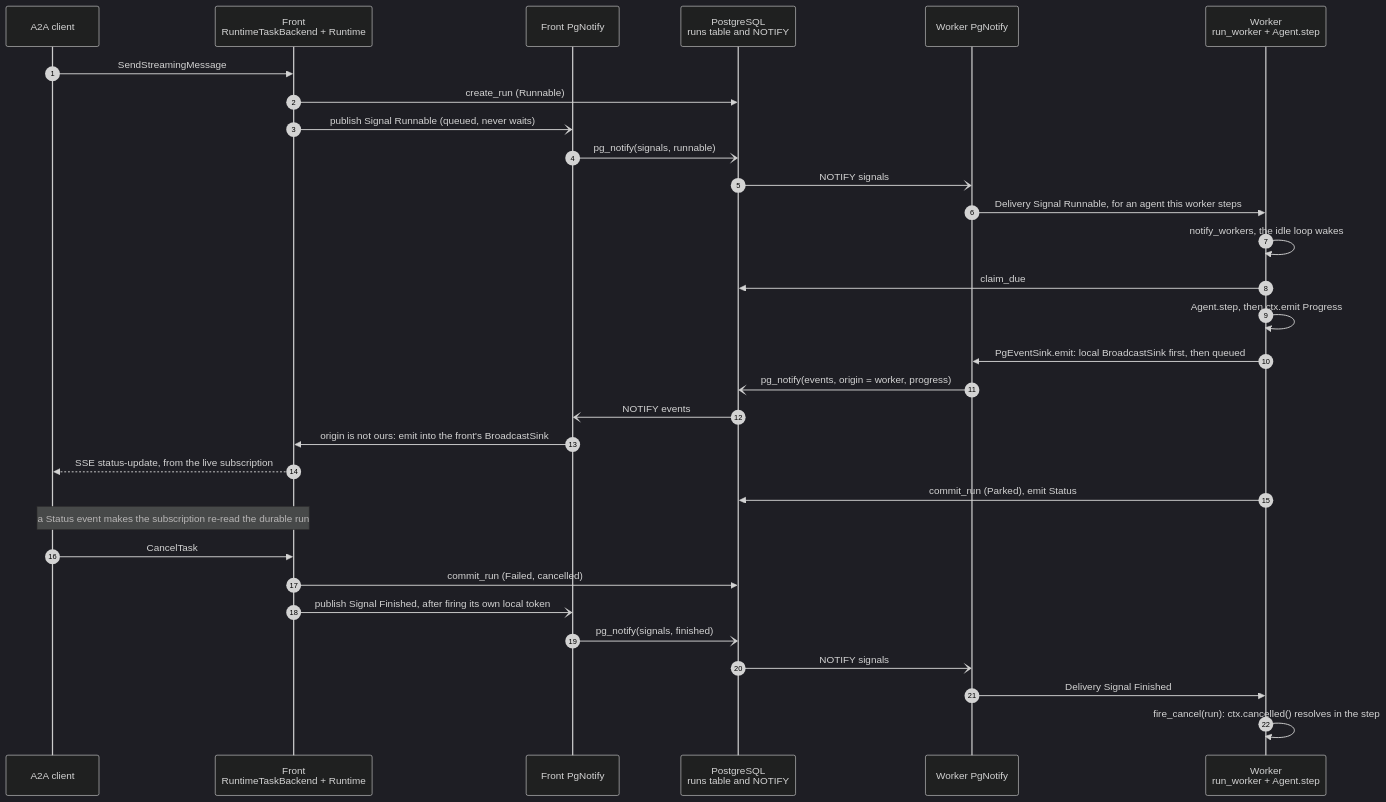
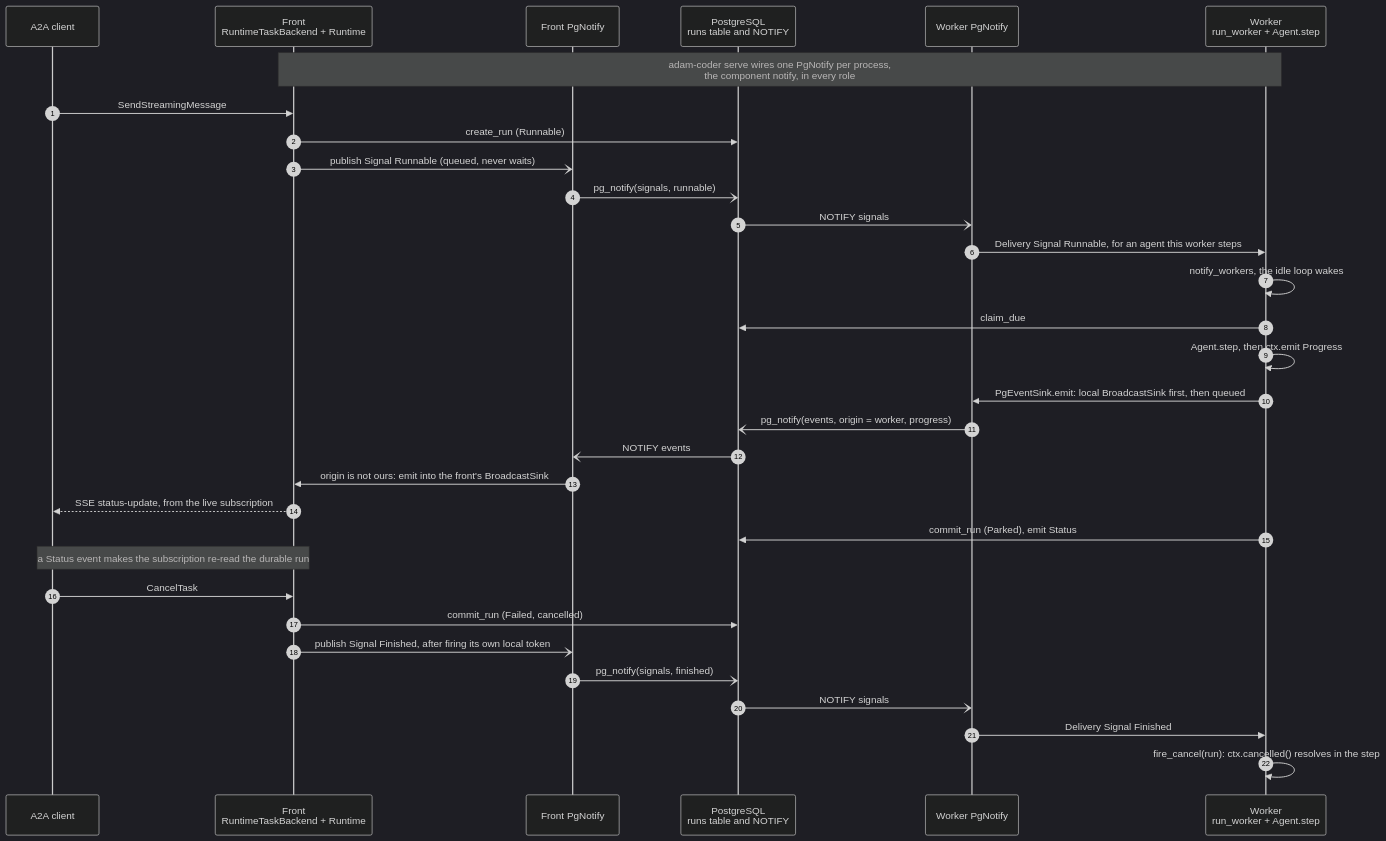
Before and after one commit to vymalo/another-adam-rs: the sixth of 16 diagrams in docs/architecture.md, drawn with Mermaid (dark theme). The commit also changed other lines of this file and 10 other files, not shown here.

````diff
--- a/docs/architecture.md
+++ b/docs/architecture.md
@@ -688,34 +699,35 @@
 ```mermaid
 sequenceDiagram
     autonumber
     participant C as A2A client
     participant F as Front<br/>RuntimeTaskBackend + Runtime
     participant FN as Front PgNotify
     participant DB as PostgreSQL<br/>runs table and NOTIFY
     participant WN as Worker PgNotify
     participant W as Worker<br/>run_worker + Agent.step
 
+    Note over F,W: adam-coder serve wires one PgNotify per process,<br/>the component notify, in every role
     C->>F: SendStreamingMessage
     F->>DB: create_run (Runnable)
     F-)FN: publish Signal Runnable (queued, never waits)
     FN-)DB: pg_notify(signals, runnable)
     DB-)WN: NOTIFY signals
     WN->>W: Delivery Signal Runnable, for an agent this worker steps
     W->>W: notify_workers, the idle loop wakes
     W->>DB: claim_due
     W->>W: Agent.step, then ctx.emit Progress
     W->>WN: PgEventSink.emit: local BroadcastSink first, then queued
     WN-)DB: pg_notify(events, origin = worker, progress)
     DB-)FN: NOTIFY events
     FN->>F: origin is not ours: emit into the front's BroadcastSink
     F-->>C: SSE status-update, from the live subscription
     W->>DB: commit_run (Parked), emit Status
     Note over F,C: a Status event makes the subscription re-read the durable run
     C->>F: CancelTask
     F->>DB: commit_run (Failed, cancelled)
     F-)FN: publish Signal Finished, after firing its own local token
     FN-)DB: pg_notify(signals, finished)
     DB-)WN: NOTIFY signals
     WN->>W: Delivery Signal Finished
     W->>W: fire_cancel(run): ctx.cancelled() resolves in the step
 ```
````
